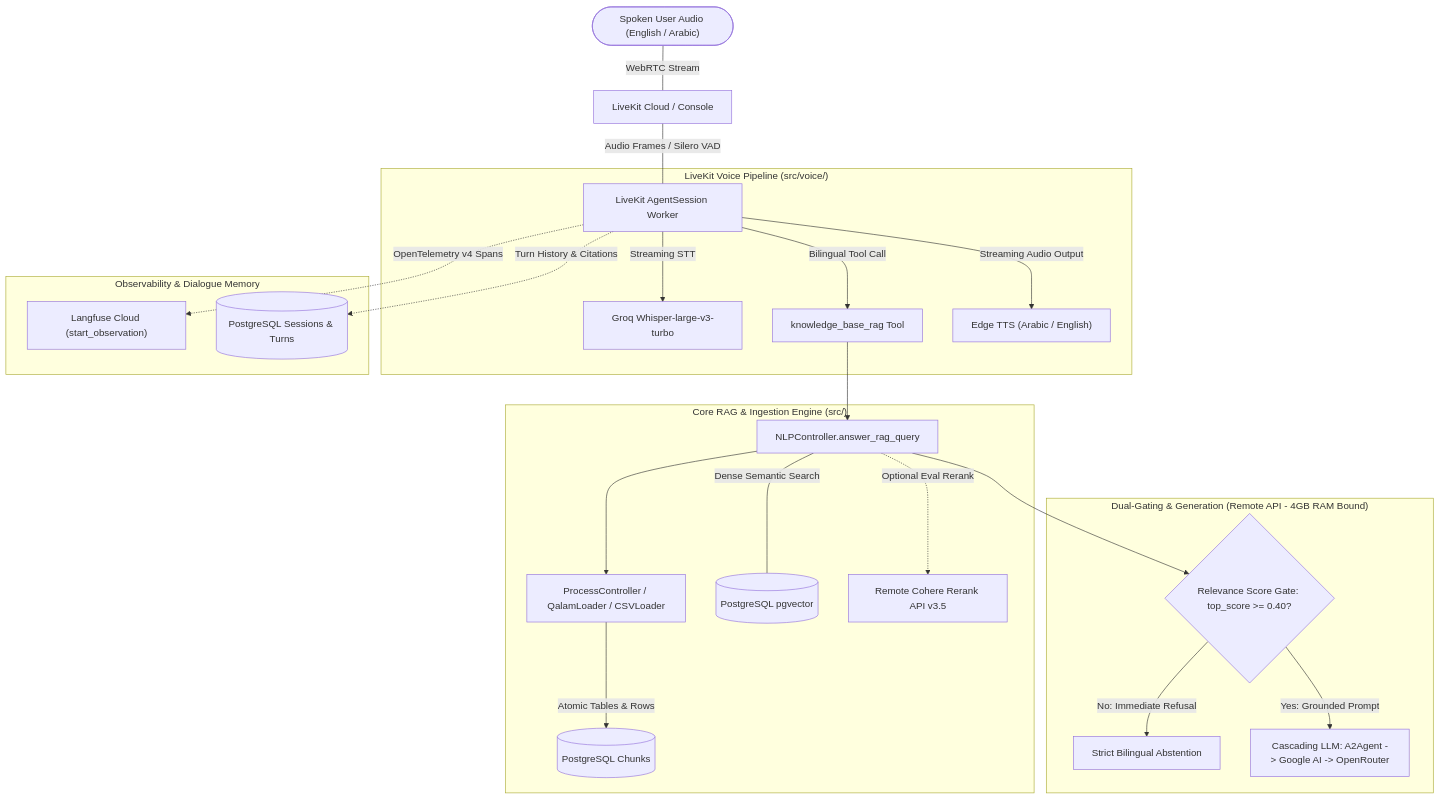
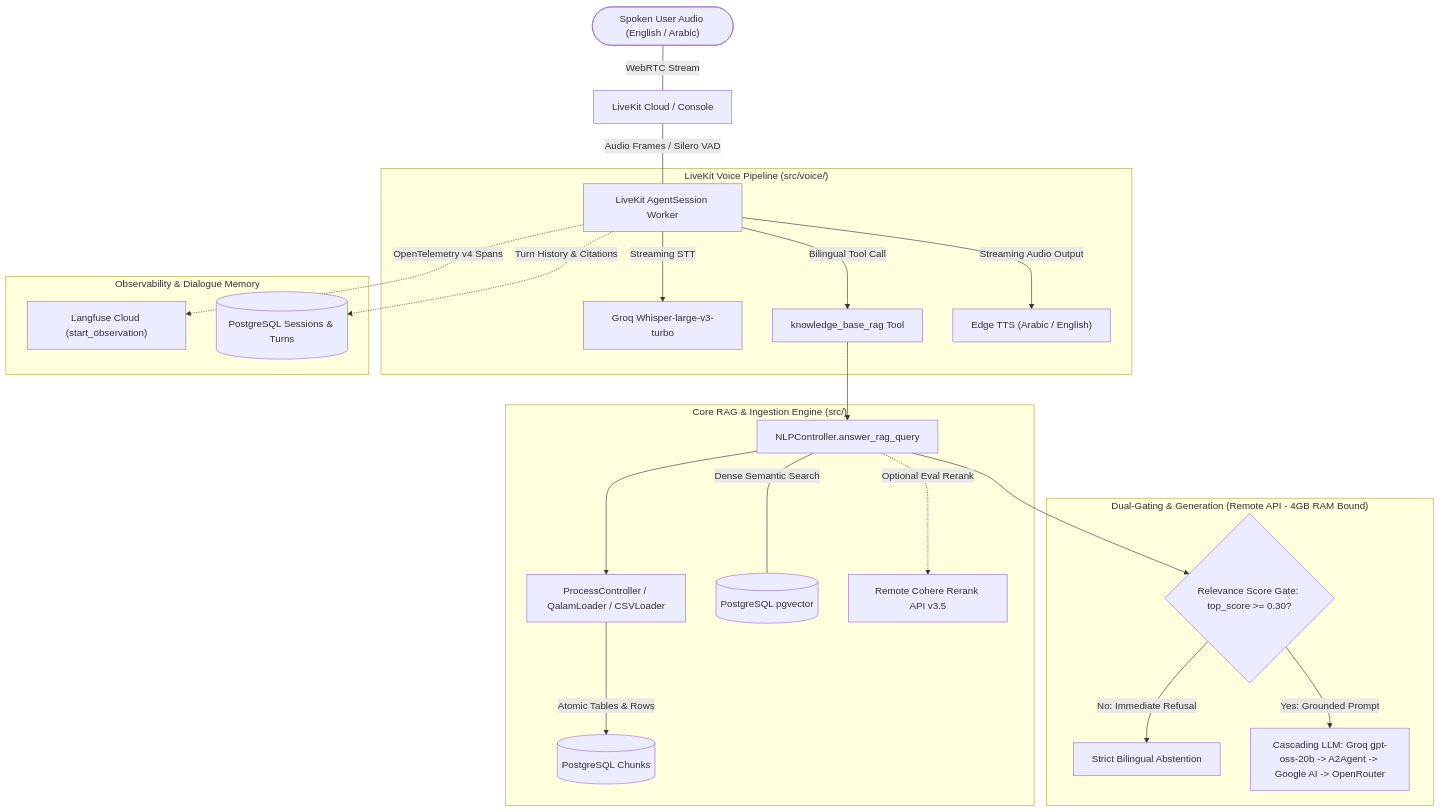
One commit to YACIINE105/agent-ishms changed the diagram in README.md. Above: the diagram before and after it, drawn with Mermaid. The commit also changed other lines of this file and 11 other files, not shown here.

Commit message:
Groq-first generation (9.4s -> 3.3s voice turn), live 40Q eval on production RAG path, gate 0.30

````diff
--- a/README.md
+++ b/README.md
@@ -8,30 +8,30 @@
 ```mermaid
 flowchart TD
     User(["Spoken User Audio (English / Arabic)"]) ---|WebRTC Stream| LK["LiveKit Cloud / Console"]
     LK ---|Audio Frames / Silero VAD| Agent["LiveKit AgentSession Worker"]
     
     subgraph Pipeline ["LiveKit Voice Pipeline (src/voice/)"]
         Agent -->|Streaming STT| STT["Groq Whisper-large-v3-turbo"]
         Agent -->|Bilingual Tool Call| RAGTool["knowledge_base_rag Tool"]
         Agent -->|Streaming Audio Output| TTS["Edge TTS (Arabic / English)"]
     end
 
     subgraph CoreEngine ["Core RAG & Ingestion Engine (src/)"]
         RAGTool --> NLPCtrl["NLPController.answer_rag_query"]
         NLPCtrl --> Ingestion["ProcessController / QalamLoader / CSVLoader"]
         Ingestion -->|Atomic Tables & Rows| Chunks[("PostgreSQL Chunks")]
         NLPCtrl ---|Dense Semantic Search| VectorStore[("PostgreSQL pgvector")]
         NLPCtrl -.->|Optional Eval Rerank| CohereRerank["Remote Cohere Rerank API v3.5"]
     end
 
     subgraph DualGate ["Dual-Gating & Generation (Remote API - 4GB RAM Bound)"]
-        NLPCtrl --> Gate{"Relevance Score Gate: top_score >= 0.40?"}
+        NLPCtrl --> Gate{"Relevance Score Gate: top_score >= 0.30?"}
         Gate -->|No: Immediate Refusal| Refusal["Strict Bilingual Abstention"]
-        Gate -->|Yes: Grounded Prompt| LLM["Cascading LLM: A2Agent -> Google AI -> OpenRouter"]
+        Gate -->|Yes: Grounded Prompt| LLM["Cascading LLM: Groq gpt-oss-20b -> A2Agent -> Google AI -> OpenRouter"]
     end
 
     subgraph Telemetry ["Observability & Dialogue Memory"]
         Agent -.->|OpenTelemetry v4 Spans| LF["Langfuse Cloud (start_observation)"]
         Agent -.->|Turn History & Citations| PGTables[("PostgreSQL Sessions & Turns")]
     end
 ```
````
